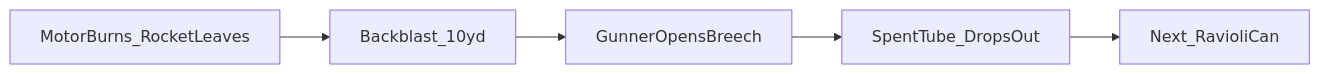
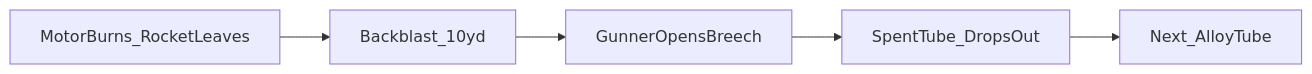
Before and after one commit to FratresMedAI/TKI-30-66: the fifth of 5 diagrams in docs/06-system-description.md, drawn with Mermaid. The commit also changed other lines of this file and 12 other files, not shown here.

First line of the commit message:
RADR v1.4.2: v11 foregrip art, alloy tube terminology.

````diff
--- a/docs/06-system-description.md
+++ b/docs/06-system-description.md
@@ -124,7 +124,7 @@
 ```mermaid
 flowchart LR
   Fired[MotorBurns_RocketLeaves] --> Vent[Backblast_10yd]
   Vent --> Open[GunnerOpensBreech]
   Open --> Drop[SpentTube_DropsOut]
-  Drop --> Reload[Next_RavioliCan]
+  Drop --> Reload[Next_AlloyTube]
 ```
````
